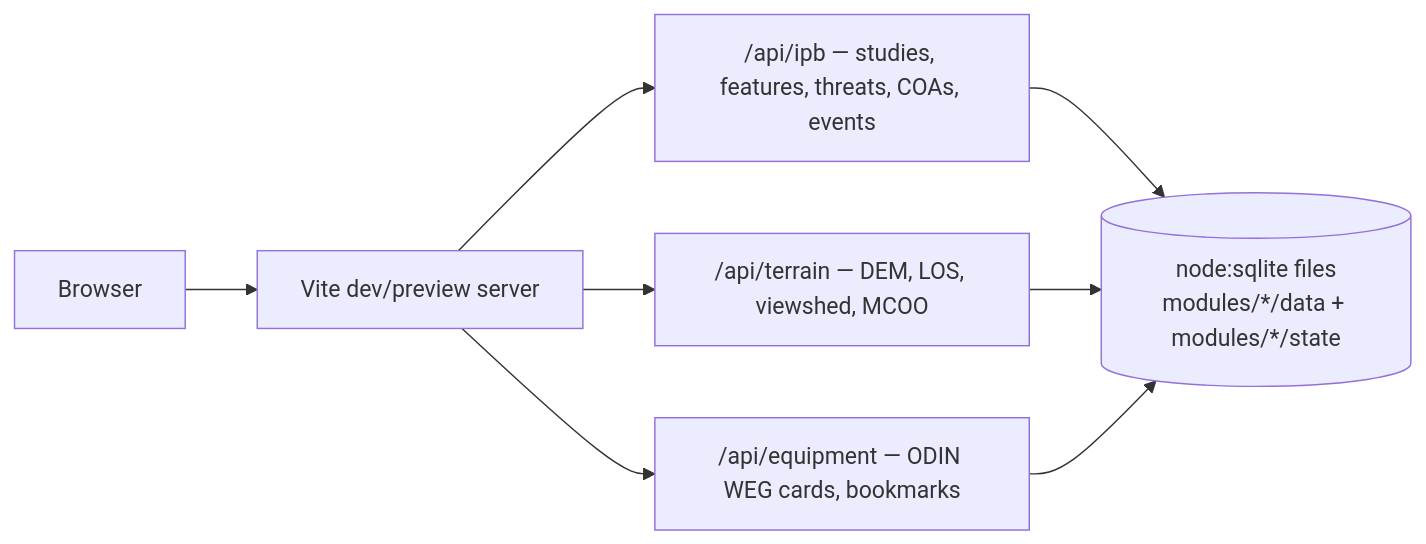
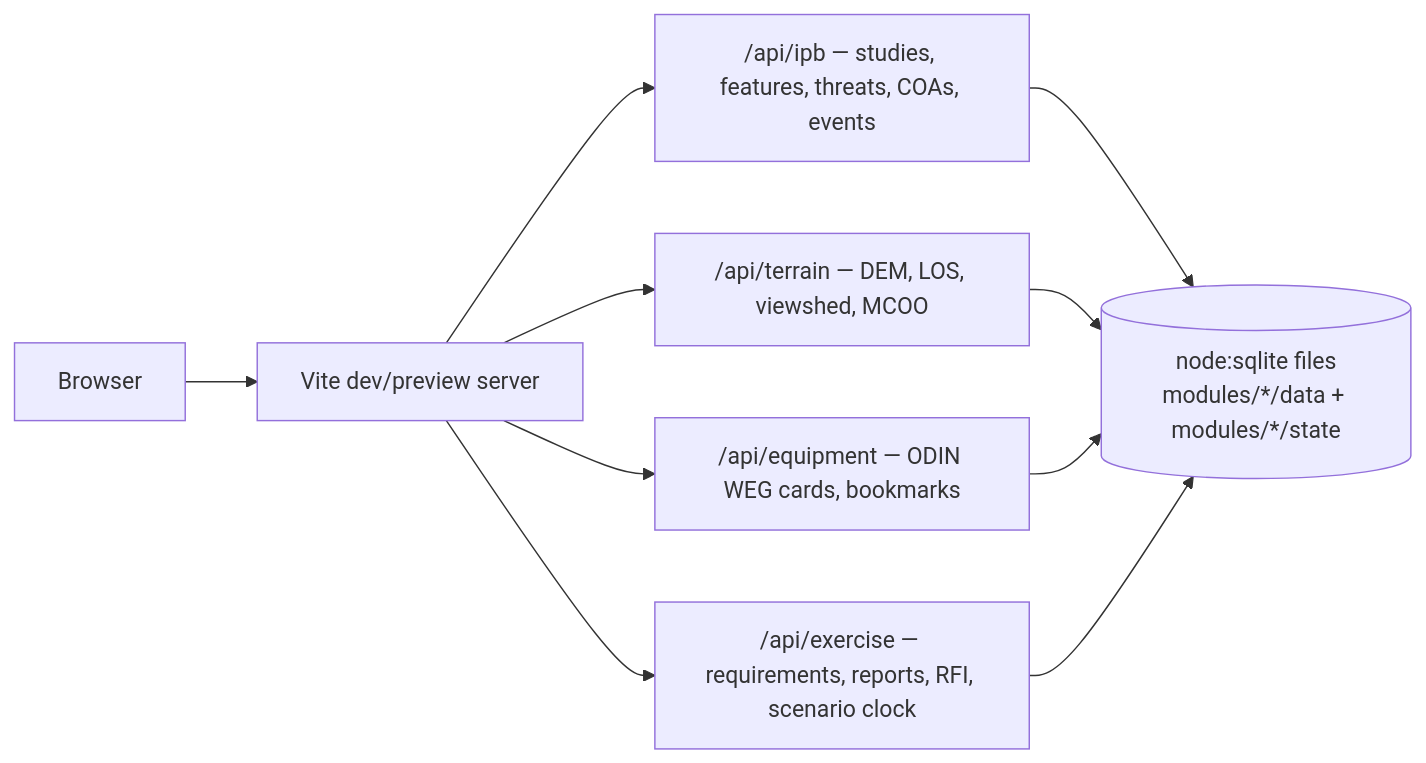
Before and after one commit to iamanro/ipb2: the diagram in README.md, drawn with Mermaid. The commit also changed other lines of this file, not shown here.

Commit message:
docs: add exercise module to README

````diff
--- a/README.md
+++ b/README.md
@@ -9,8 +11,9 @@
 ```mermaid
 graph LR
   A[Browser] --> B[Vite dev/preview server]
   B --> C["/api/ipb — studies, features, threats, COAs, events"]
   B --> D["/api/terrain — DEM, LOS, viewshed, MCOO"]
   B --> E["/api/equipment — ODIN WEG cards, bookmarks"]
-  C & D & E --> F[(node:sqlite files<br/>modules/*/data + modules/*/state)]
+  B --> G["/api/exercise — requirements, reports, RFI, scenario clock"]
+  C & D & E & G --> F[(node:sqlite files<br/>modules/*/data + modules/*/state)]
 ```
````
